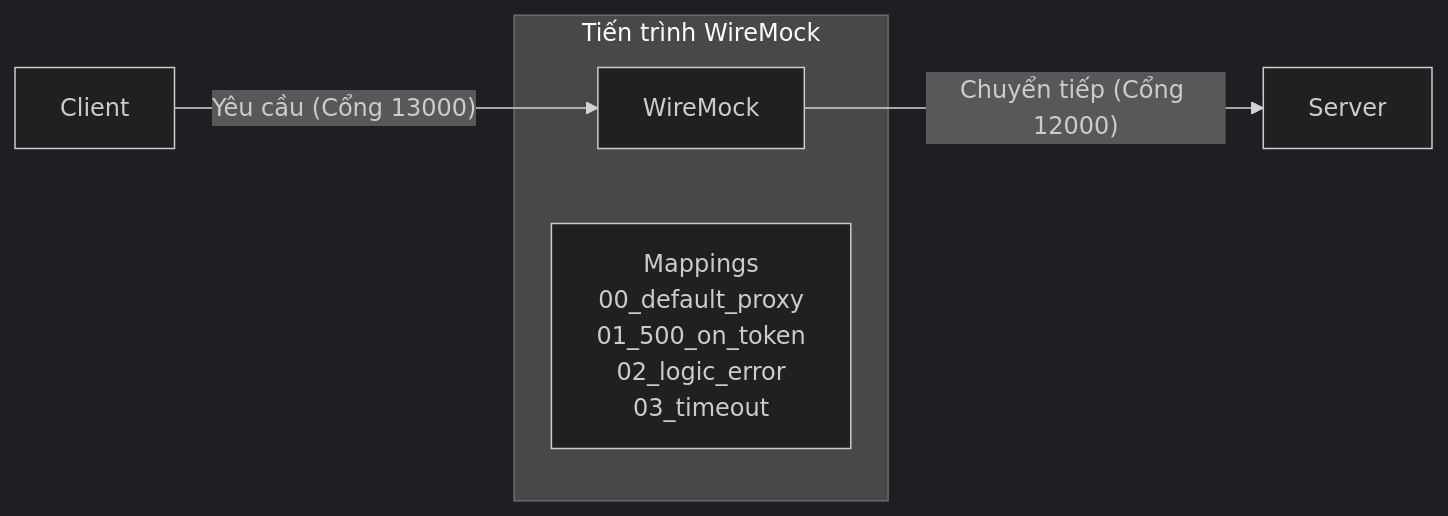
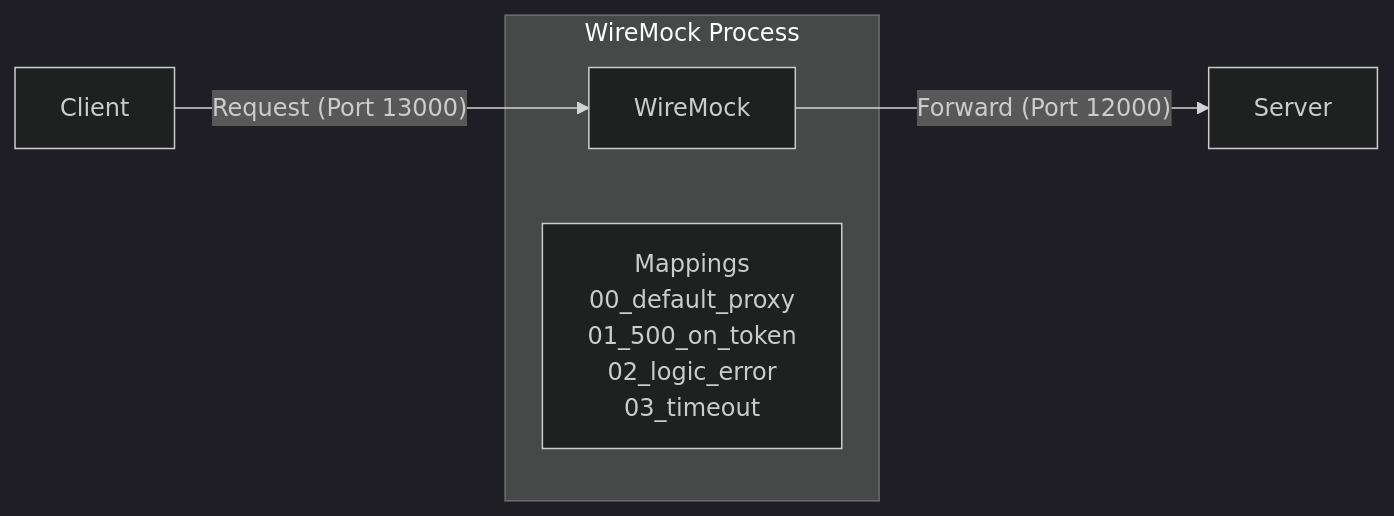
Before and after one commit to umbalaconmeogia/usage-toxi-proxy: the first of 2 diagrams in tests/03_WireMockWithControl/README.vi.md, drawn with Mermaid (dark theme). The commit also changed other lines of this file and 29 other files, not shown here.

````diff
--- a/tests/03_WireMockWithControl/README.vi.md
+++ b/tests/03_WireMockWithControl/README.vi.md
@@ -12,10 +12,10 @@
 ```mermaid
 graph LR
-    Client["Client"] -- "Yêu cầu (Cổng 13000)" --> WM_Proxy["WireMock"]
-    WM_Proxy -- "Chuyển tiếp (Cổng 12000)" --> Server["Server"]
+    Client["Client"] -- "Request (Port 13000)" --> WM_Proxy["WireMock"]
+    WM_Proxy -- "Forward (Port 12000)" --> Server["Server"]
   
-    subgraph "Tiến trình WireMock"
+    subgraph "WireMock Process"
         WM_Proxy
         WM_Mappings["Mappings<br>00_default_proxy<br>01_500_on_token<br>02_logic_error<br>03_timeout"]
     end
 ```
````
